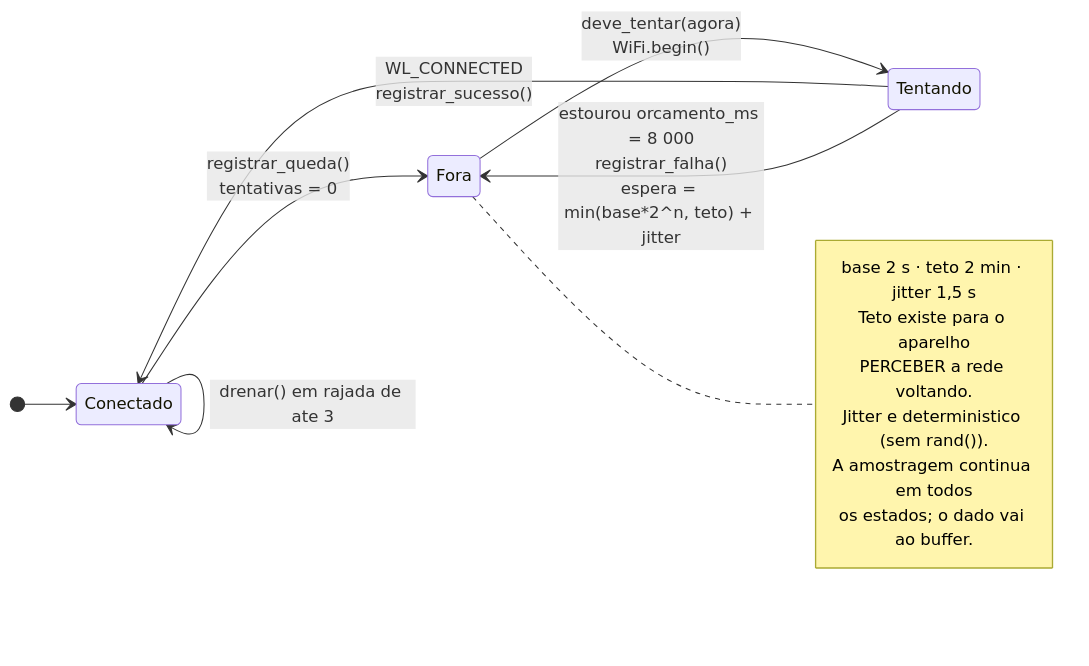
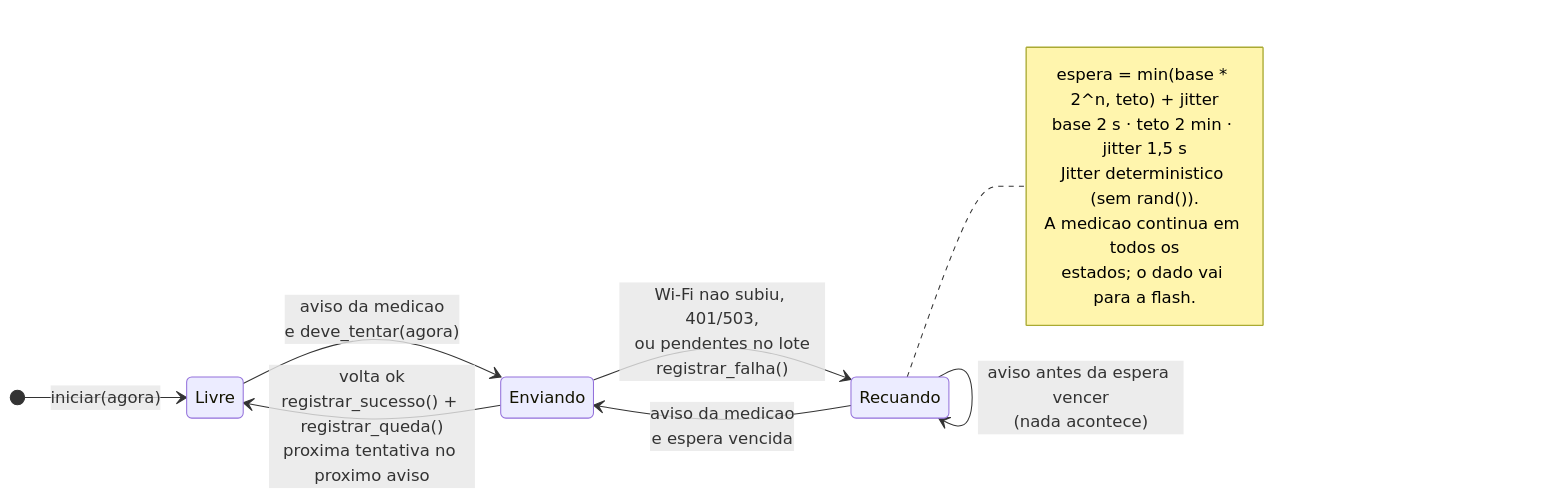
One commit to vitormendes4072/DormioSmart changed the second of 3 diagrams in docs/diagramas/DIAG-03-firmware-e-fluxo-do-dado.md. Above: the diagram before and after it, drawn with Mermaid. The commit also changed other lines of this file and 10 other files, not shown here.

````diff
--- a/docs/diagramas/DIAG-03-firmware-e-fluxo-do-dado.md
+++ b/docs/diagramas/DIAG-03-firmware-e-fluxo-do-dado.md
@@ -84,19 +100,18 @@
 ```mermaid
 stateDiagram-v2
     direction LR
-    [*] --> Conectado
-    Conectado --> Fora : registrar_queda()<br/>tentativas = 0
-    Fora --> Tentando : deve_tentar(agora)<br/>WiFi.begin()
-    Tentando --> Conectado : WL_CONNECTED<br/>registrar_sucesso()
-    Tentando --> Fora : estourou orcamento_ms = 8 000<br/>registrar_falha()<br/>espera = min(base*2^n, teto) + jitter
-    Conectado --> Conectado : drenar() em rajada de ate 3
+    [*] --> Livre : iniciar(agora)
+    Livre --> Enviando : aviso da medicao<br/>e deve_tentar(agora)
+    Enviando --> Livre : volta ok<br/>registrar_sucesso() + registrar_queda()<br/>proxima tentativa no proximo aviso
+    Enviando --> Recuando : Wi-Fi nao subiu, 401/503,<br/>ou pendentes no lote<br/>registrar_falha()
+    Recuando --> Enviando : aviso da medicao<br/>e espera vencida
+    Recuando --> Recuando : aviso antes da espera vencer<br/>(nada acontece)
 
-    note right of Fora
+    note right of Recuando
+        espera = min(base * 2^n, teto) + jitter
         base 2 s · teto 2 min · jitter 1,5 s
-        Teto existe para o aparelho
-        PERCEBER a rede voltando.
-        Jitter e deterministico (sem rand()).
-        A amostragem continua em todos
-        os estados; o dado vai ao buffer.
+        Jitter deterministico (sem rand()).
+        A medicao continua em todos os
+        estados; o dado vai para a flash.
     end note
 ```
````
